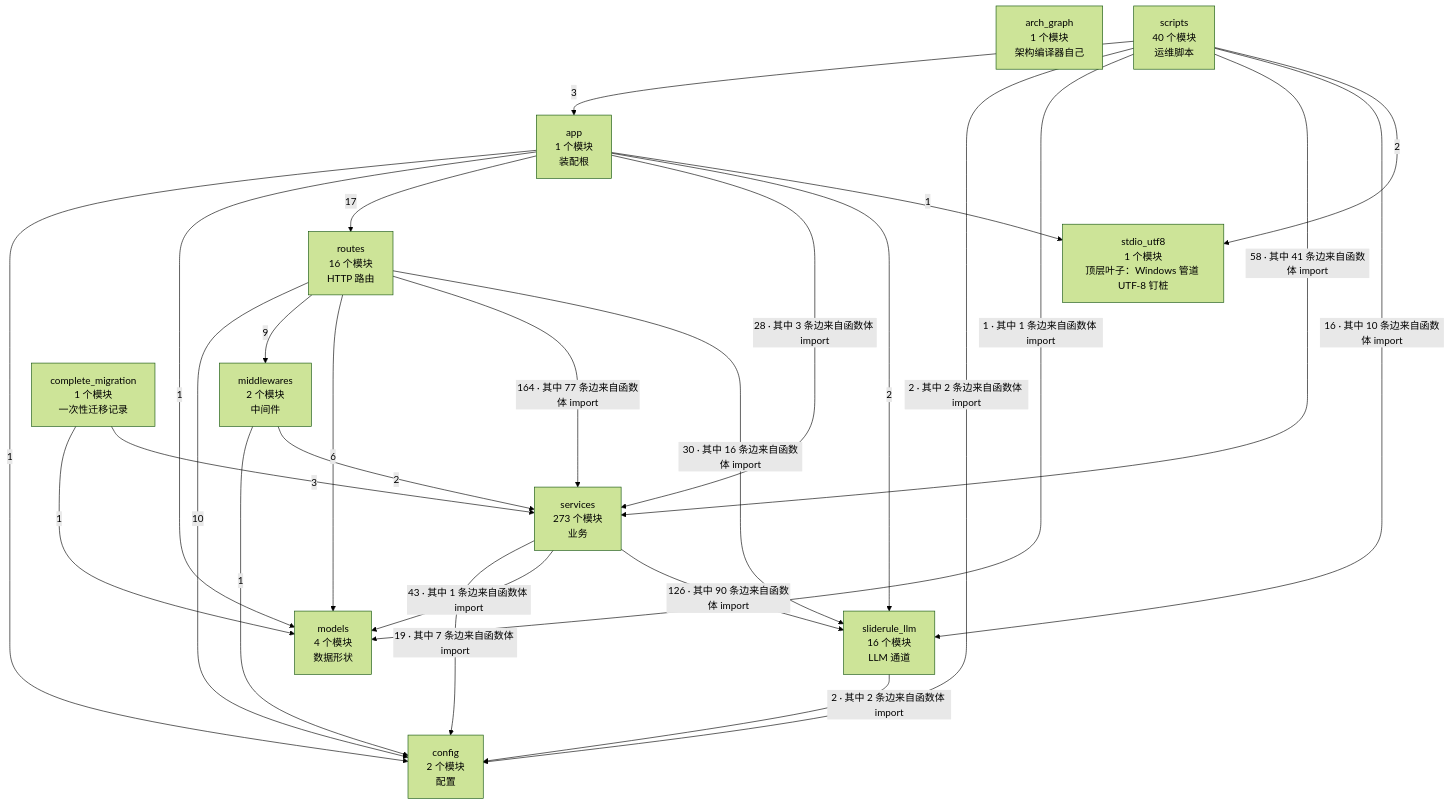
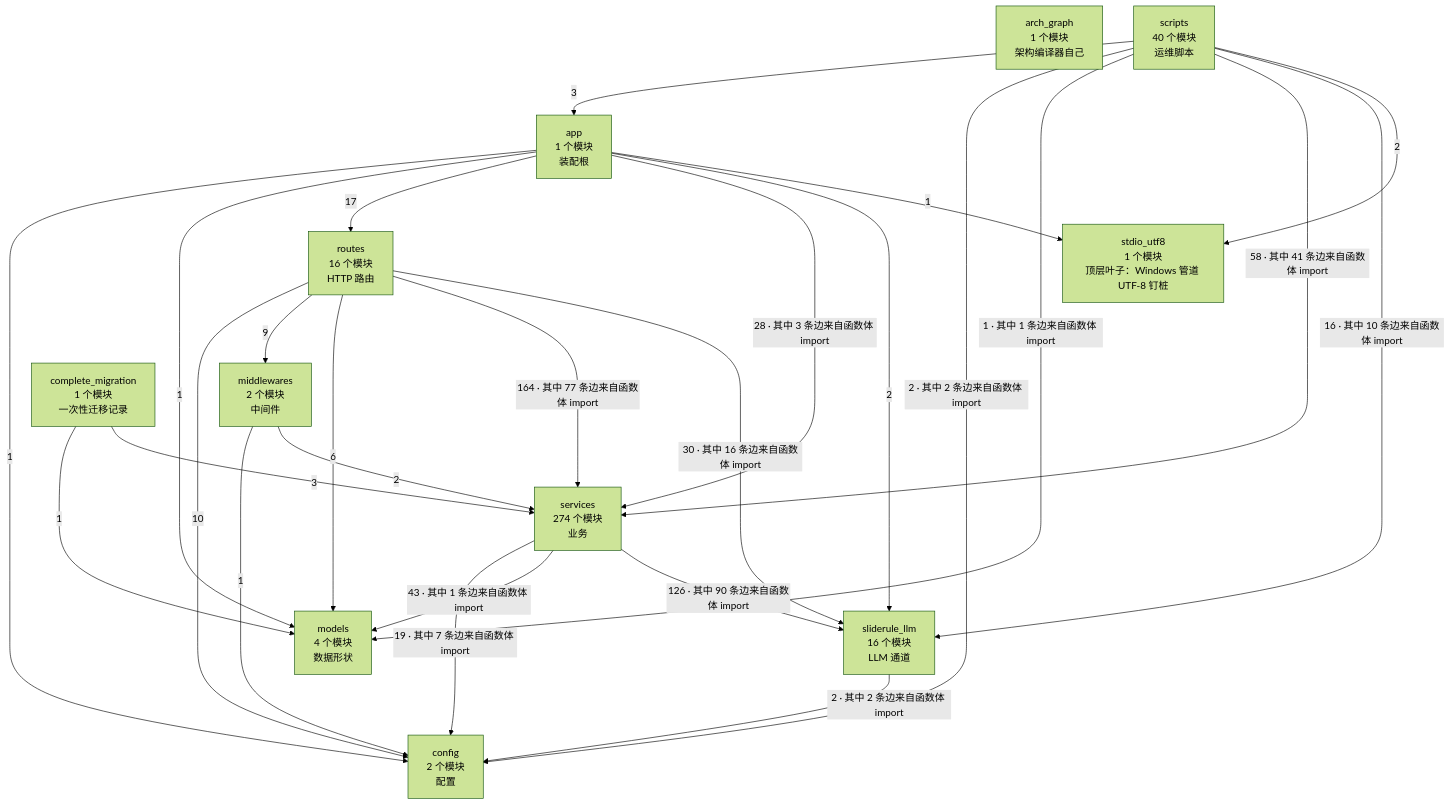
One commit to 2686521696/WhyBuddy changed the second of 4 diagrams in docs/SlideRule V6.2 架构图（自动生成）.md. Above: the diagram before and after it, drawn with Mermaid (forest theme). The commit also changed other lines of this file and 12 other files, not shown here.

````diff
--- a/docs/SlideRule V6.2 架构图（自动生成）.md
+++ b/docs/SlideRule V6.2 架构图（自动生成）.md
@@ -62,39 +62,39 @@
 ```mermaid
 flowchart TB
   arch_graph["arch_graph<br/>1 个模块<br/>架构编译器自己"]
   config["config<br/>2 个模块<br/>配置"]
   models["models<br/>4 个模块<br/>数据形状"]
   stdio_utf8["stdio_utf8<br/>1 个模块<br/>顶层叶子：Windows 管道 UTF-8 钉桩"]
   sliderule_llm["sliderule_llm<br/>16 个模块<br/>LLM 通道"]
   middlewares["middlewares<br/>2 个模块<br/>中间件"]
-  services["services<br/>273 个模块<br/>业务"]
+  services["services<br/>274 个模块<br/>业务"]
   routes["routes<br/>16 个模块<br/>HTTP 路由"]
   app["app<br/>1 个模块<br/>装配根"]
   complete_migration["complete_migration<br/>1 个模块<br/>一次性迁移记录"]
   scripts["scripts<br/>40 个模块<br/>运维脚本"]
   app -->|1| config
   app -->|1| models
   app -->|17| routes
   app -->|28 · 其中 3 条边来自函数体 import| services
   app -->|2| sliderule_llm
   app -->|1| stdio_utf8
   complete_migration -->|1| models
   complete_migration -->|3| services
   middlewares -->|1| config
   middlewares -->|2| services
   routes -->|10| config
   routes -->|9| middlewares
   routes -->|6| models
   routes -->|164 · 其中 77 条边来自函数体 import| services
   routes -->|30 · 其中 16 条边来自函数体 import| sliderule_llm
   scripts -->|3| app
   scripts -->|2 · 其中 2 条边来自函数体 import| config
   scripts -->|1 · 其中 1 条边来自函数体 import| models
   scripts -->|58 · 其中 41 条边来自函数体 import| services
   scripts -->|16 · 其中 10 条边来自函数体 import| sliderule_llm
   scripts -->|2| stdio_utf8
   services -->|19 · 其中 7 条边来自函数体 import| config
   services -->|43 · 其中 1 条边来自函数体 import| models
   services -->|126 · 其中 90 条边来自函数体 import| sliderule_llm
   sliderule_llm -->|2 · 其中 2 条边来自函数体 import| config
 ```
````
